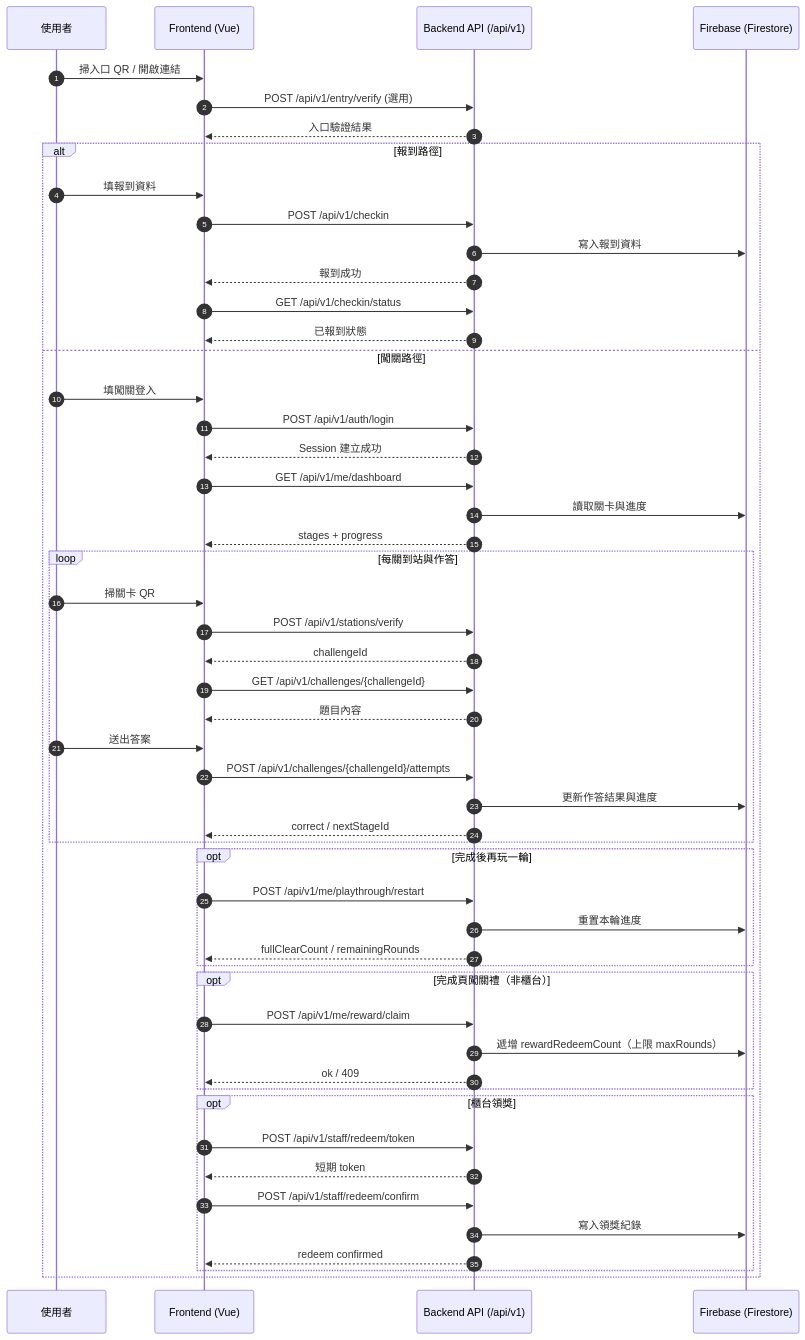
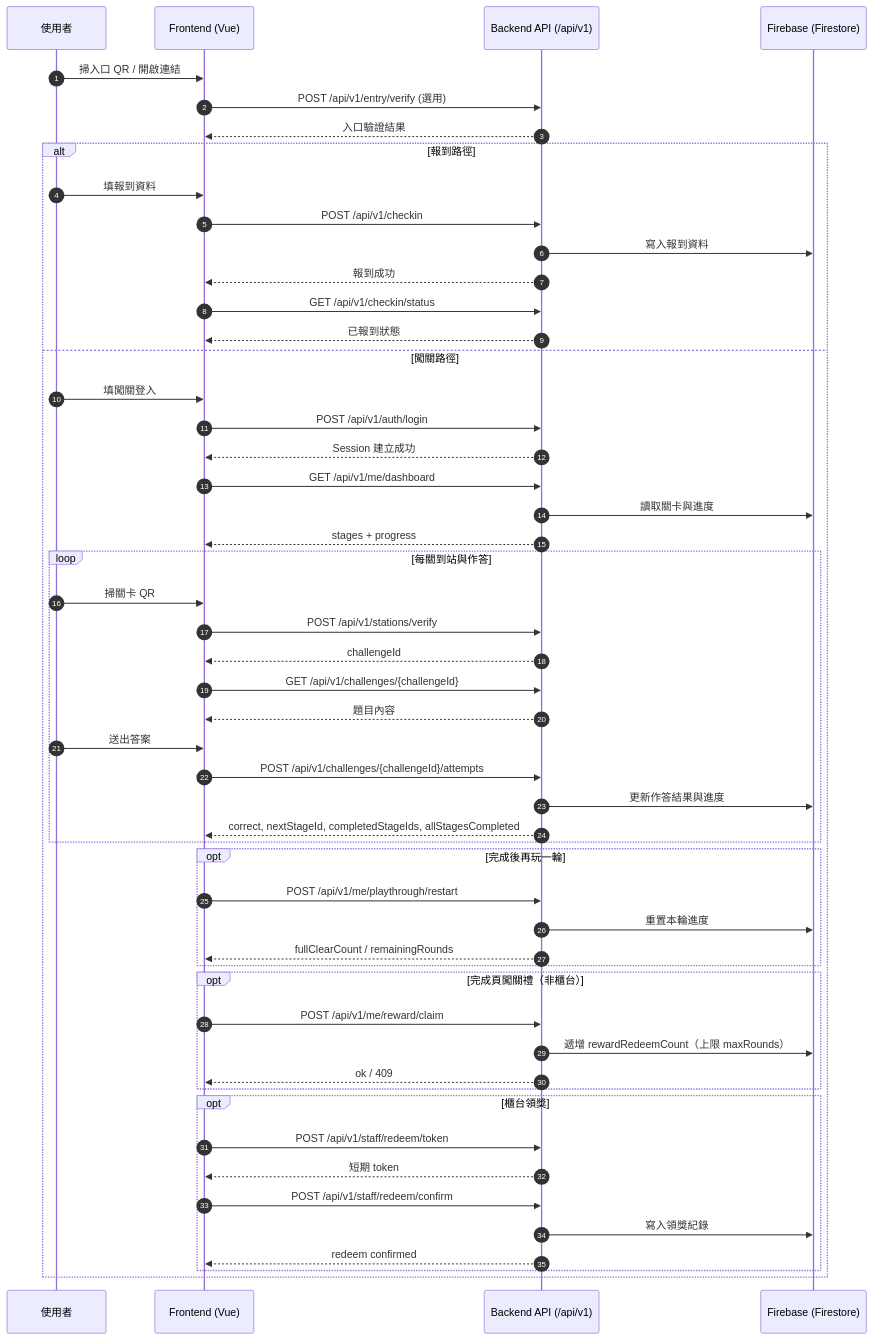
One commit to BrianChang1212/FamilyDay_GreenWorld changed the second of 2 diagrams in docs/specs/api-v0.1.md. Above: the diagram before and after it, drawn with Mermaid. The commit also changed other lines of this file and 23 other files, not shown here.

````diff
--- a/docs/specs/api-v0.1.md
+++ b/docs/specs/api-v0.1.md
@@ -395,61 +405,61 @@
 ```mermaid
 sequenceDiagram
   autonumber
   participant U as 使用者
   participant FE as Frontend (Vue)
   participant API as Backend API (/api/v1)
   participant DB as Firebase (Firestore)
 
   U->>FE: 掃入口 QR / 開啟連結
   FE->>API: POST /api/v1/entry/verify (選用)
   API-->>FE: 入口驗證結果
 
   alt 報到路徑
     U->>FE: 填報到資料
     FE->>API: POST /api/v1/checkin
     API->>DB: 寫入報到資料
     API-->>FE: 報到成功
     FE->>API: GET /api/v1/checkin/status
     API-->>FE: 已報到狀態
   else 闖關路徑
     U->>FE: 填闖關登入
     FE->>API: POST /api/v1/auth/login
     API-->>FE: Session 建立成功
 
     FE->>API: GET /api/v1/me/dashboard
     API->>DB: 讀取關卡與進度
     API-->>FE: stages + progress
 
     loop 每關到站與作答
       U->>FE: 掃關卡 QR
       FE->>API: POST /api/v1/stations/verify
       API-->>FE: challengeId
       FE->>API: GET /api/v1/challenges/{challengeId}
       API-->>FE: 題目內容
       U->>FE: 送出答案
       FE->>API: POST /api/v1/challenges/{challengeId}/attempts
       API->>DB: 更新作答結果與進度
-      API-->>FE: correct / nextStageId
+      API-->>FE: correct, nextStageId, completedStageIds, allStagesCompleted
     end
 
     opt 完成後再玩一輪
       FE->>API: POST /api/v1/me/playthrough/restart
       API->>DB: 重置本輪進度
       API-->>FE: fullClearCount / remainingRounds
     end
 
     opt 完成頁闖關禮（非櫃台）
       FE->>API: POST /api/v1/me/reward/claim
       API->>DB: 遞增 rewardRedeemCount（上限 maxRounds）
       API-->>FE: ok / 409
     end
 
     opt 櫃台領獎
       FE->>API: POST /api/v1/staff/redeem/token
       API-->>FE: 短期 token
       FE->>API: POST /api/v1/staff/redeem/confirm
       API->>DB: 寫入領獎紀錄
       API-->>FE: redeem confirmed
     end
   end
 ```
````
